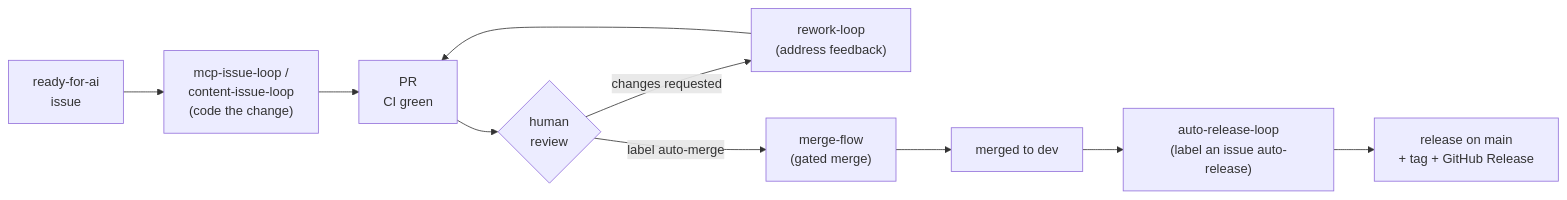
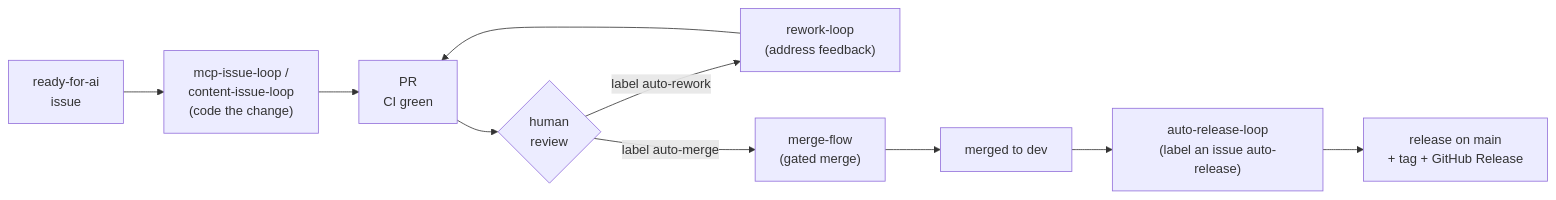
The first of 3 diagrams in docs/self-learning-system.md (hifi-phil/umbraco-mcp-ops), drawn with Mermaid before and after one commit. The commit also changed other lines of this file and 6 other files, not shown here.

First line of the commit message:
feat(loop-dispatch): trigger rework via the auto-rework label, not the review event (#33)

````diff
--- a/docs/self-learning-system.md
+++ b/docs/self-learning-system.md
@@ -12,12 +12,12 @@
 ```mermaid
 flowchart LR
     ISSUE["ready-for-ai<br/>issue"] --> CODE["mcp-issue-loop /<br/>content-issue-loop<br/>(code the change)"]
     CODE --> PR["PR<br/>CI green"]
     PR --> REVIEW{"human<br/>review"}
-    REVIEW -->|"changes requested"| REWORK["rework-loop<br/>(address feedback)"]
+    REVIEW -->|"label auto-rework"| REWORK["rework-loop<br/>(address feedback)"]
     REWORK --> PR
     REVIEW -->|"label auto-merge"| MERGE["merge-flow<br/>(gated merge)"]
     MERGE --> MERGED["merged to dev"]
     MERGED --> REL["auto-release-loop<br/>(label an issue auto-release)"]
     REL --> SHIP["release on main<br/>+ tag + GitHub Release"]
 ```
````
